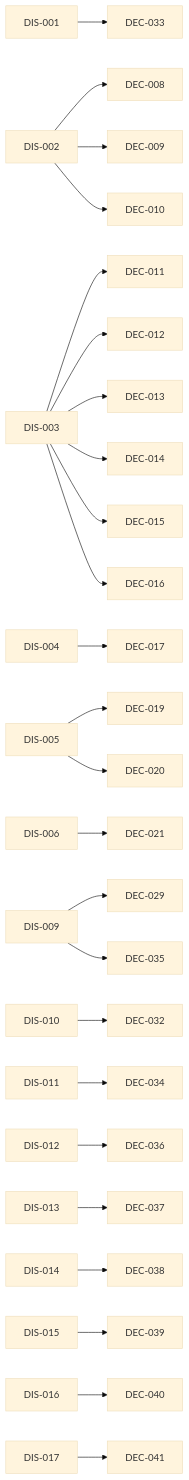
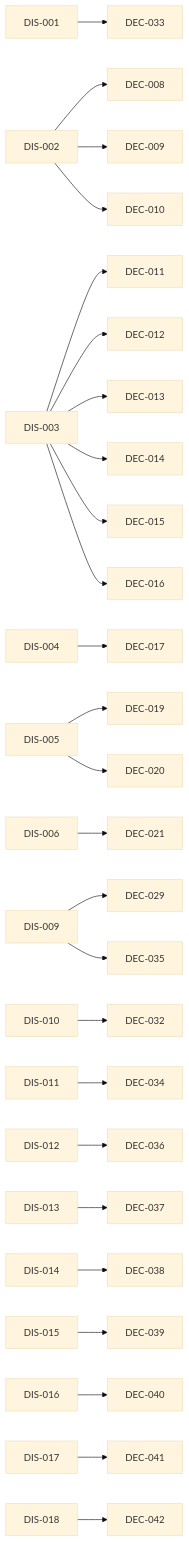
The diagram in INDEX.md (amartis/sonoai_research_notes), drawn with Mermaid (base theme) before and after one commit. The commit also changed other lines of this file and 2 other files, not shown here.

First line of the commit message:
DIS-018, DEC-042: Qwen3-VL tuning and comparison on the user's v1 review (DEC-037 split); DEC-035 amended

````diff
--- a/INDEX.md
+++ b/INDEX.md
@@ -146,27 +149,28 @@
 ```mermaid
 flowchart LR
   DIS_001[DIS-001] --> DEC_033[DEC-033]
   DIS_002[DIS-002] --> DEC_008[DEC-008]
   DIS_002[DIS-002] --> DEC_009[DEC-009]
   DIS_002[DIS-002] --> DEC_010[DEC-010]
   DIS_003[DIS-003] --> DEC_011[DEC-011]
   DIS_003[DIS-003] --> DEC_012[DEC-012]
   DIS_003[DIS-003] --> DEC_013[DEC-013]
   DIS_003[DIS-003] --> DEC_014[DEC-014]
   DIS_003[DIS-003] --> DEC_015[DEC-015]
   DIS_003[DIS-003] --> DEC_016[DEC-016]
   DIS_004[DIS-004] --> DEC_017[DEC-017]
   DIS_005[DIS-005] --> DEC_019[DEC-019]
   DIS_005[DIS-005] --> DEC_020[DEC-020]
   DIS_006[DIS-006] --> DEC_021[DEC-021]
   DIS_009[DIS-009] --> DEC_029[DEC-029]
   DIS_009[DIS-009] --> DEC_035[DEC-035]
   DIS_010[DIS-010] --> DEC_032[DEC-032]
   DIS_011[DIS-011] --> DEC_034[DEC-034]
   DIS_012[DIS-012] --> DEC_036[DEC-036]
   DIS_013[DIS-013] --> DEC_037[DEC-037]
   DIS_014[DIS-014] --> DEC_038[DEC-038]
   DIS_015[DIS-015] --> DEC_039[DEC-039]
   DIS_016[DIS-016] --> DEC_040[DEC-040]
   DIS_017[DIS-017] --> DEC_041[DEC-041]
+  DIS_018[DIS-018] --> DEC_042[DEC-042]
 ```
````
